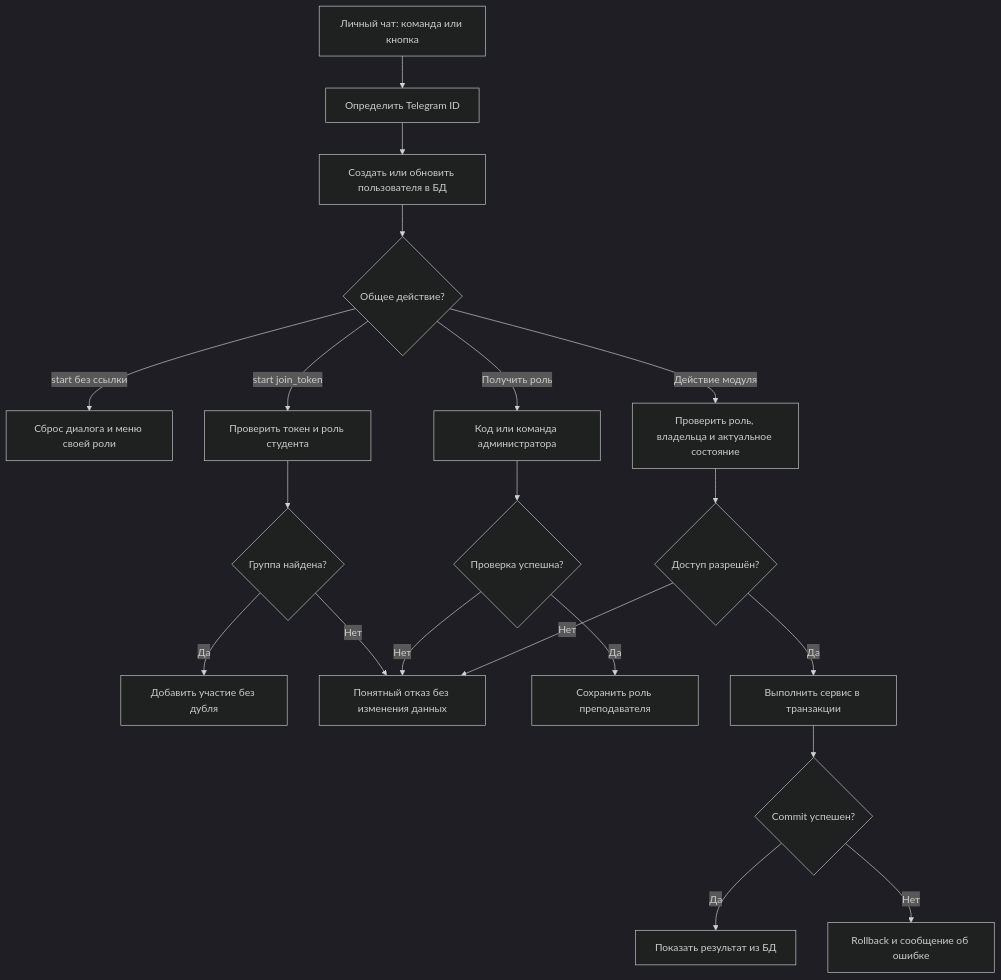
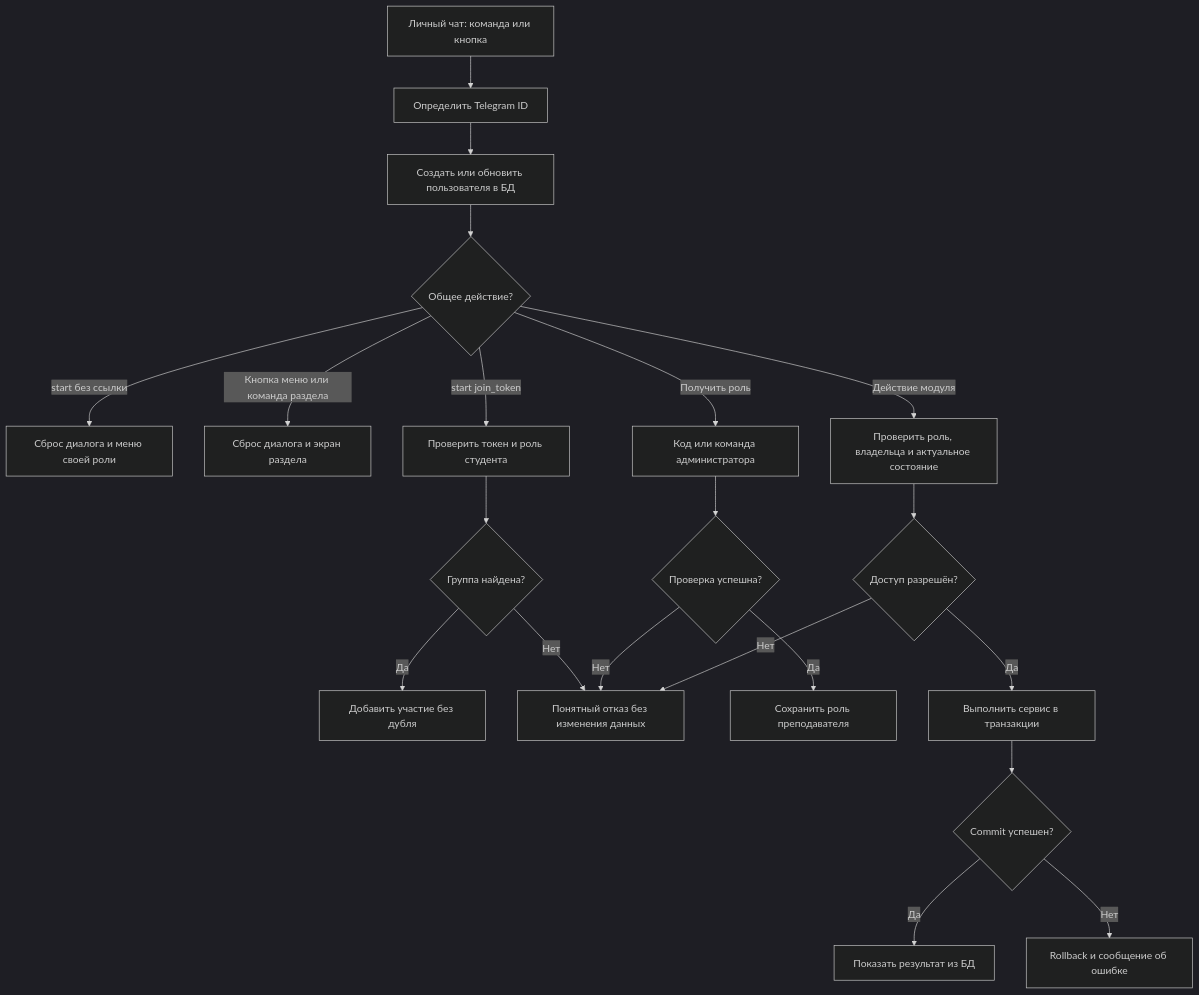
The first of 2 diagrams in docs/core-scenarios.md (Grooblik/LabDefender), drawn with Mermaid (dark theme) before and after one commit. The commit also changed other lines of this file and 26 other files, not shown here.

````diff
--- a/docs/core-scenarios.md
+++ b/docs/core-scenarios.md
@@ -272,22 +309,23 @@
 ```mermaid
 flowchart TD
     A[Личный чат: команда или кнопка] --> B[Определить Telegram ID]
     B --> C[Создать или обновить пользователя в БД]
     C --> D{Общее действие?}
     D -->|start без ссылки| E[Сброс диалога и меню своей роли]
+    D -->|Кнопка меню или команда раздела| R[Сброс диалога и экран раздела]
     D -->|start join_token| F[Проверить токен и роль студента]
     F --> G{Группа найдена?}
     G -->|Да| H[Добавить участие без дубля]
     G -->|Нет| X[Понятный отказ без изменения данных]
     D -->|Получить роль| I[Код или команда администратора]
     I --> J{Проверка успешна?}
     J -->|Да| K[Сохранить роль преподавателя]
     J -->|Нет| X
     D -->|Действие модуля| L[Проверить роль, владельца и актуальное состояние]
     L --> M{Доступ разрешён?}
     M -->|Нет| X
     M -->|Да| N[Выполнить сервис в транзакции]
     N --> O{Commit успешен?}
     O -->|Да| P[Показать результат из БД]
     O -->|Нет| Q[Rollback и сообщение об ошибке]
 ```
````
